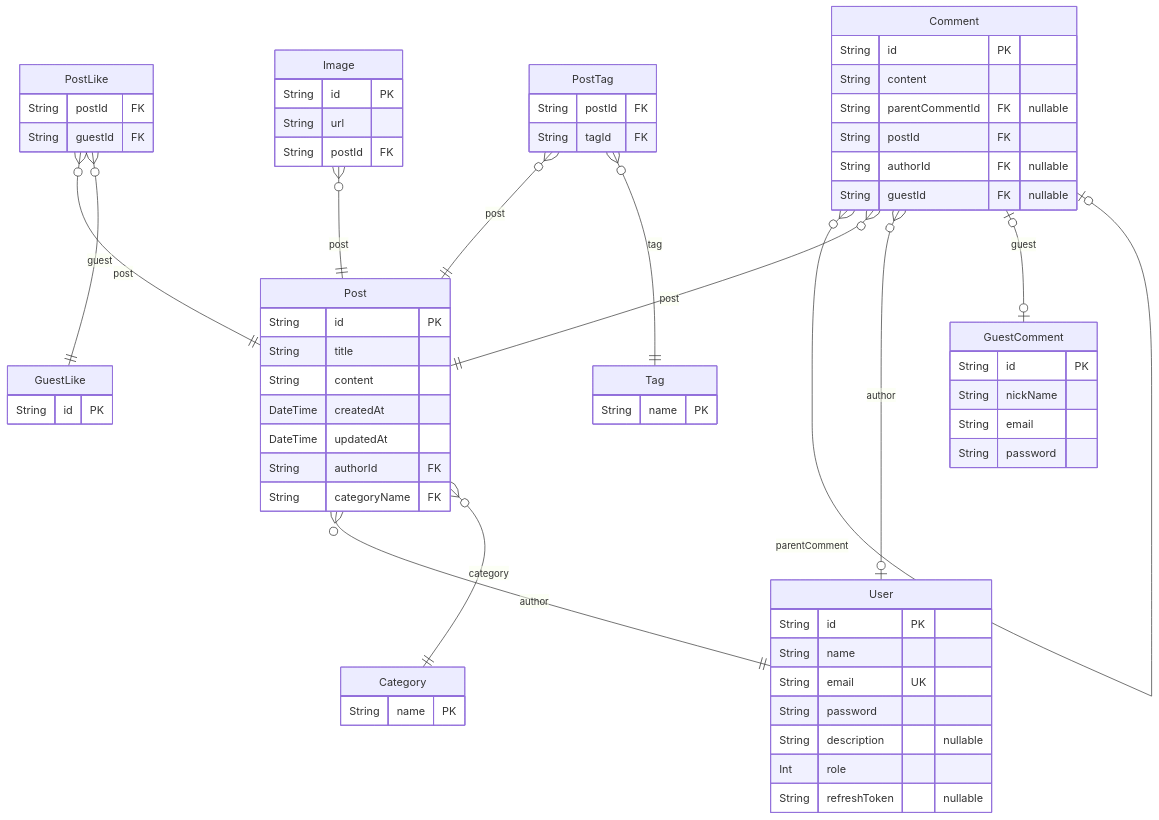
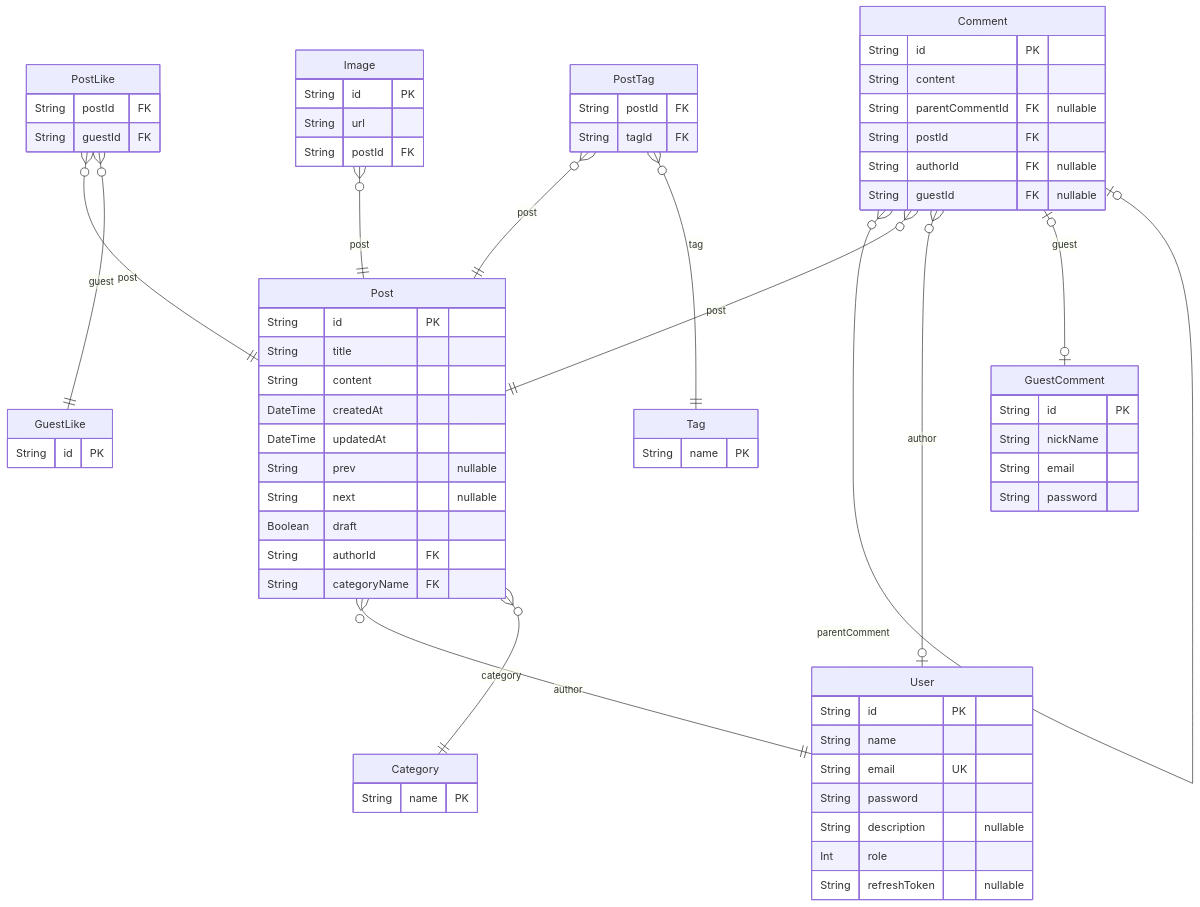
One commit to JongDeug/blog-backend changed the diagram in prisma/ERD.md. Above: the diagram before and after it, drawn with Mermaid. The commit also changed other lines of this file and 9 other files, not shown here.

Commit message:
#81 FEAT: 게시글 테이블 필드 추가 prev, next, draft

````diff
--- a/prisma/ERD.md
+++ b/prisma/ERD.md
@@ -7,68 +7,71 @@
 ```mermaid
 erDiagram
 "User" {
   String id PK
   String name
   String email UK
   String password
   String description "nullable"
   Int role
   String refreshToken "nullable"
 }
 "GuestLike" {
   String id PK
 }
 "GuestComment" {
   String id PK
   String nickName
   String email
   String password
 }
 "PostLike" {
   String postId FK
   String guestId FK
 }
 "Post" {
   String id PK
   String title
   String content
   DateTime createdAt
   DateTime updatedAt
+  String prev "nullable"
+  String next "nullable"
+  Boolean draft
   String authorId FK
   String categoryName FK
 }
 "Tag" {
   String name PK
 }
 "PostTag" {
   String postId FK
   String tagId FK
 }
 "Image" {
   String id PK
   String url
   String postId FK
 }
 "Category" {
   String name PK
 }
 "Comment" {
   String id PK
   String content
   String parentCommentId FK "nullable"
   String postId FK
   String authorId FK "nullable"
   String guestId FK "nullable"
 }
 "PostLike" }o--|| "Post" : post
 "PostLike" }o--|| "GuestLike" : guest
 "Post" }o--|| "User" : author
 "Post" }o--|| "Category" : category
 "PostTag" }o--|| "Post" : post
 "PostTag" }o--|| "Tag" : tag
 "Image" }o--|| "Post" : post
 "Comment" }o--o| "Comment" : parentComment
 "Comment" }o--|| "Post" : post
 "Comment" }o--o| "User" : author
 "Comment" |o--o| "GuestComment" : guest
 ```
````
